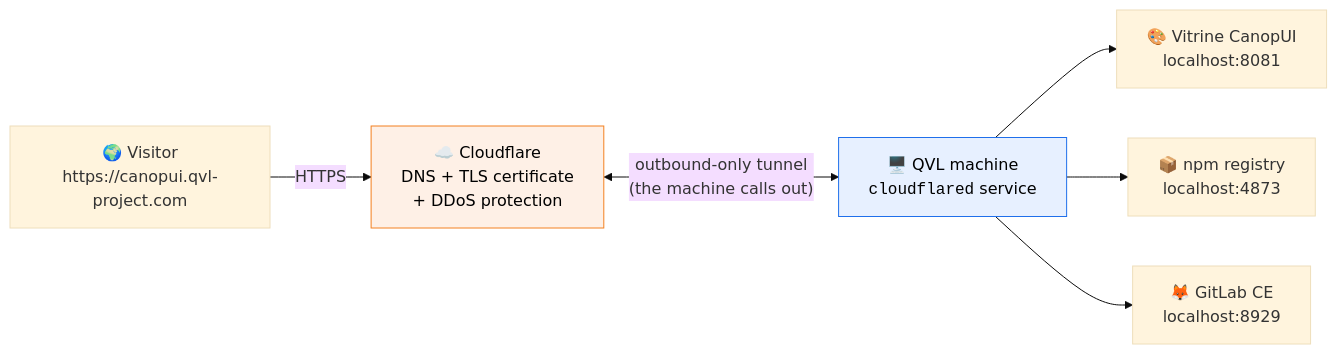
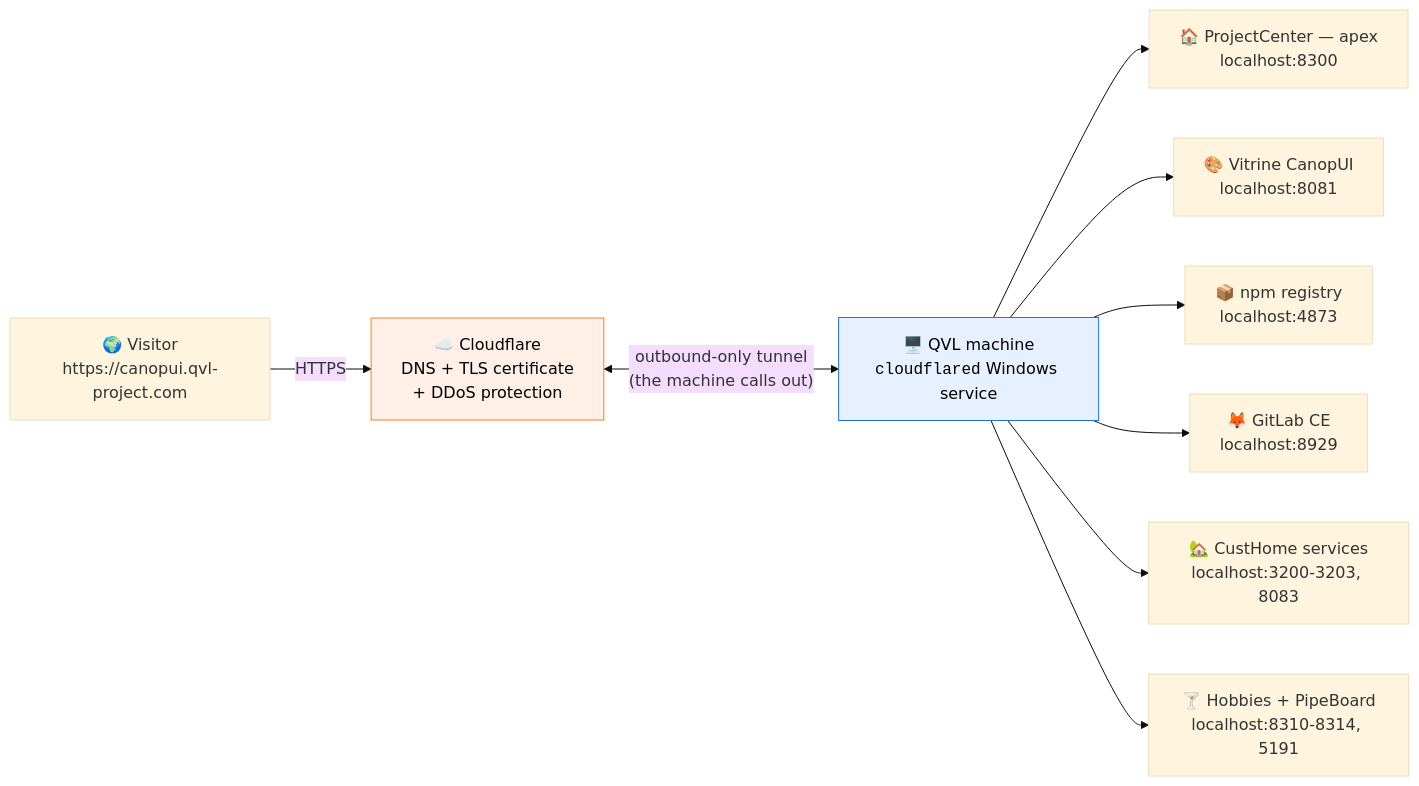
The first of 2 diagrams in hebergement/tunnel-cloudflare.md (MartinQueval/QVL-Documentation), drawn with Mermaid (base theme) before and after one commit. The commit also changed other lines of this file and 27 other files, not shown here.

First line of the commit message:
docs: remise à jour complète de l'écosystème (Hobbies, CanopUI 3, ProjectCenter, CustHome, infra)

````diff
--- a/hebergement/tunnel-cloudflare.md
+++ b/hebergement/tunnel-cloudflare.md
@@ -37,10 +37,13 @@
 ```mermaid
 flowchart LR
     V["🌍 Visitor<br/>https://canopui.qvl-project.com"] -->|HTTPS| CF["☁️ Cloudflare<br/>DNS + TLS certificate<br/>+ DDoS protection"]
-    CF <-->|"outbound-only tunnel<br/>(the machine calls out)"| CD["🖥️ QVL machine<br/><code>cloudflared</code> service"]
+    CF <-->|"outbound-only tunnel<br/>(the machine calls out)"| CD["🖥️ QVL machine<br/><code>cloudflared</code> Windows service"]
+    CD --> S0["🏠 ProjectCenter — apex<br/>localhost:8300"]
     CD --> S1["🎨 Vitrine CanopUI<br/>localhost:8081"]
     CD --> S2["📦 npm registry<br/>localhost:4873"]
     CD --> S3["🦊 GitLab CE<br/>localhost:8929"]
+    CD --> S4["🏡 CustHome services<br/>localhost:3200-3203, 8083"]
+    CD --> S5["🍸 Hobbies + PipeBoard<br/>localhost:8310-8314, 5191"]
     style CF fill:#fef0e6,stroke:#f38020,color:#000
     style CD fill:#e7f0ff,stroke:#1f6feb,color:#000
 ```
````
